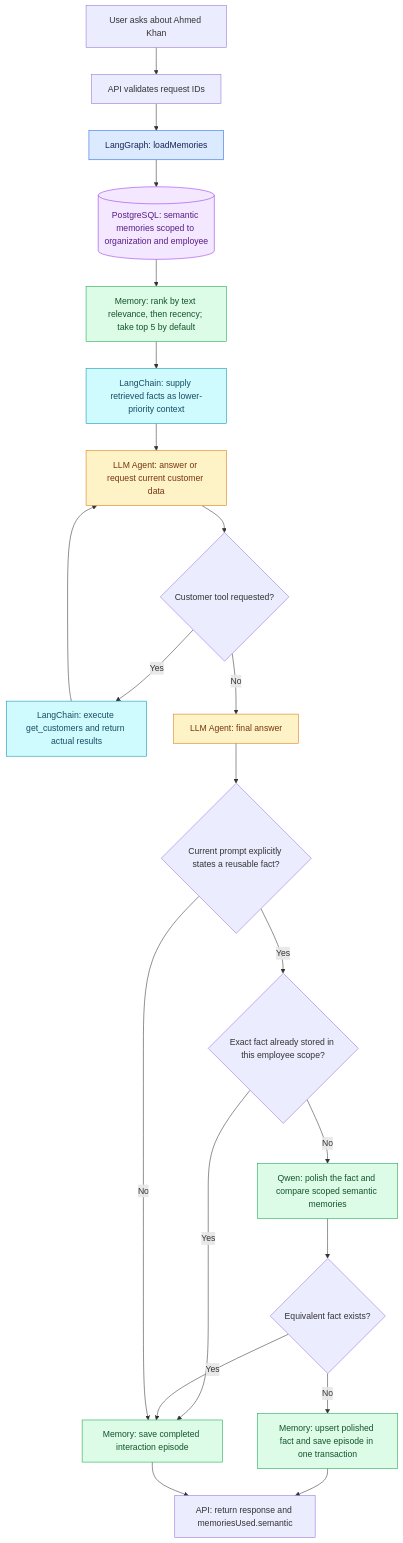
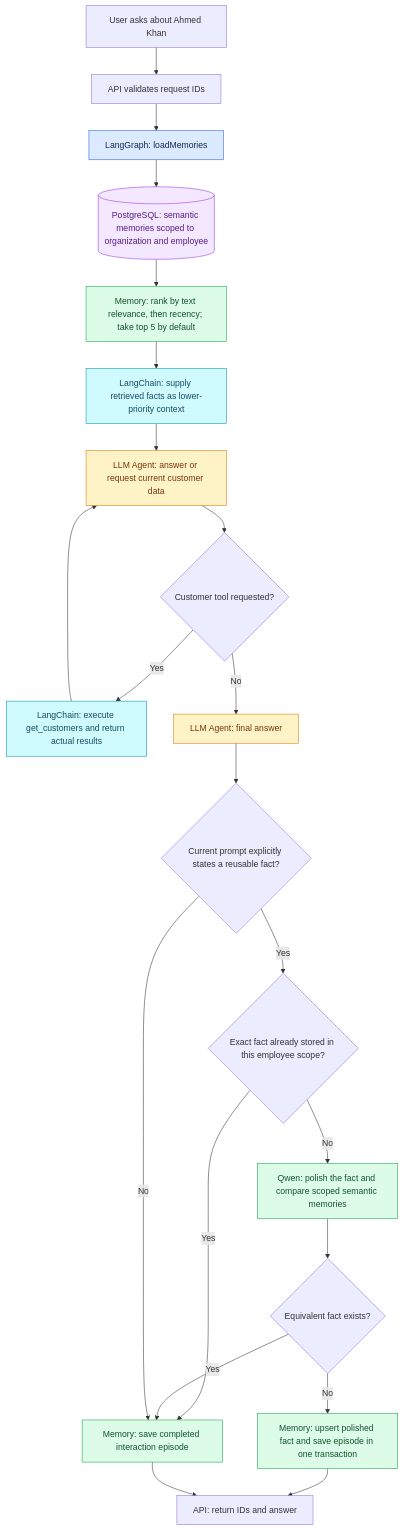
One commit to kamran186/langchain changed the first of 3 diagrams in docs/memory-search-flowcharts.md. Above: the diagram before and after it, drawn with Mermaid. The commit also changed other lines of this file and 6 other files, not shown here.

Commit message:
refactor: return only chat identifiers and answer

````diff
--- a/docs/memory-search-flowcharts.md
+++ b/docs/memory-search-flowcharts.md
@@ -11,33 +11,33 @@
 ```mermaid
 flowchart TD
     userPrompt["User asks about Ahmed Khan"] --> apiScope["API validates request IDs"]
     apiScope --> loadNode["LangGraph: loadMemories"]
     loadNode --> semanticDb[("PostgreSQL: semantic memories scoped to organization and employee")]
     semanticDb --> semanticRank["Memory: rank by text relevance, then recency; take top 5 by default"]
     semanticRank --> semanticContext["LangChain: supply retrieved facts as lower-priority context"]
     semanticContext --> semanticAgent["LLM Agent: answer or request current customer data"]
     semanticAgent --> needsTool{"Customer tool requested?"}
     needsTool -- Yes --> customerTool["LangChain: execute get_customers and return actual results"]
     customerTool --> semanticAgent
     needsTool -- No --> semanticFinal["LLM Agent: final answer"]
     semanticFinal --> explicitFact{"Current prompt explicitly states a reusable fact?"}
     explicitFact -- Yes --> semanticExact{"Exact fact already stored in this employee scope?"}
     semanticExact -- Yes --> semanticEpisode
     semanticExact -- No --> semanticRefine["Qwen: polish the fact and compare scoped semantic memories"]
     semanticRefine --> semanticDuplicate{"Equivalent fact exists?"}
     semanticDuplicate -- Yes --> semanticEpisode
     semanticDuplicate -- No --> semanticSave["Memory: upsert polished fact and save episode in one transaction"]
     explicitFact -- No --> semanticEpisode["Memory: save completed interaction episode"]
-    semanticSave --> semanticResponse["API: return response and memoriesUsed.semantic"]
+    semanticSave --> semanticResponse["API: return IDs and answer"]
     semanticEpisode --> semanticResponse
     classDef graphNode fill:#dbeafe,stroke:#2563eb,color:#172554
     classDef memoryNode fill:#dcfce7,stroke:#16a34a,color:#14532d
     classDef chainNode fill:#cffafe,stroke:#0891b2,color:#164e63
     classDef agentNode fill:#fef3c7,stroke:#d97706,color:#78350f
     classDef dataNode fill:#f3e8ff,stroke:#9333ea,color:#581c87
     class loadNode graphNode
     class semanticRank,semanticRefine,semanticSave,semanticEpisode memoryNode
     class semanticContext,customerTool chainNode
     class semanticAgent,semanticFinal agentNode
     class semanticDb dataNode
 ```
````
